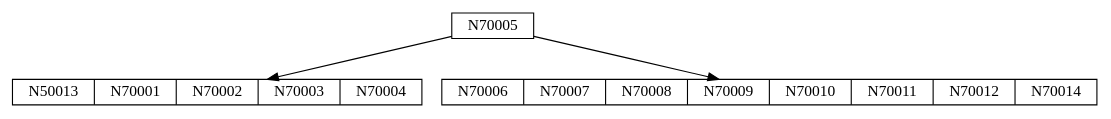
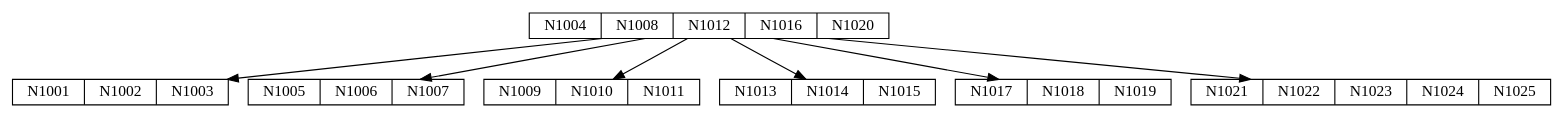
One commit to moisibot/201930195_EDD_Proyecto changed the diagram in cmake-build-debug/arbol_b_disponibles.dot. Above: the diagram before and after it, drawn with Graphviz. The commit also changed 35 other files, not shown here.

```diff
--- a/cmake-build-debug/arbol_b_disponibles.dot
+++ b/cmake-build-debug/arbol_b_disponibles.dot
@@ -1,9 +1,17 @@
 digraph ArbolB {
 node [shape=record, height=.1];
 rankdir=TB;
-nodo0x556077953db0 [label="N70005"];
-nodo0x556077953db0 -> nodo0x556077953e90;
-nodo0x556077953e90 [label="N50013 | N70001 | N70002 | N70003 | N70004"];
-nodo0x556077953db0 -> nodo0x556077959260;
-nodo0x556077959260 [label="N70006 | N70007 | N70008 | N70009 | N70010 | N70011 | N70012 | N70014"];
+nodo0x558523f40db0 [label="N1004 | N1008 | N1012 | N1016 | N1020"];
+nodo0x558523f40db0 -> nodo0x558523f40e90;
+nodo0x558523f40e90 [label="N1001 | N1002 | N1003"];
+nodo0x558523f40db0 -> nodo0x558523f48e00;
+nodo0x558523f48e00 [label="N1005 | N1006 | N1007"];
+nodo0x558523f40db0 -> nodo0x558523f49550;
+nodo0x558523f49550 [label="N1009 | N1010 | N1011"];
+nodo0x558523f40db0 -> nodo0x558523f4a090;
+nodo0x558523f4a090 [label="N1013 | N1014 | N1015"];
+nodo0x558523f40db0 -> nodo0x558523f4abd0;
+nodo0x558523f4abd0 [label="N1017 | N1018 | N1019"];
+nodo0x558523f40db0 -> nodo0x558523f4b710;
+nodo0x558523f4b710 [label="N1021 | N1022 | N1023 | N1024 | N1025"];
 }
```
